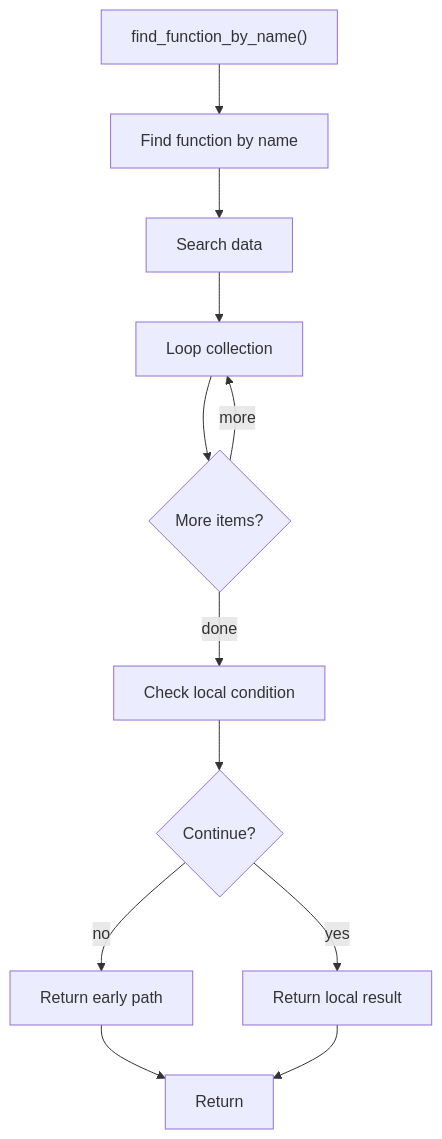
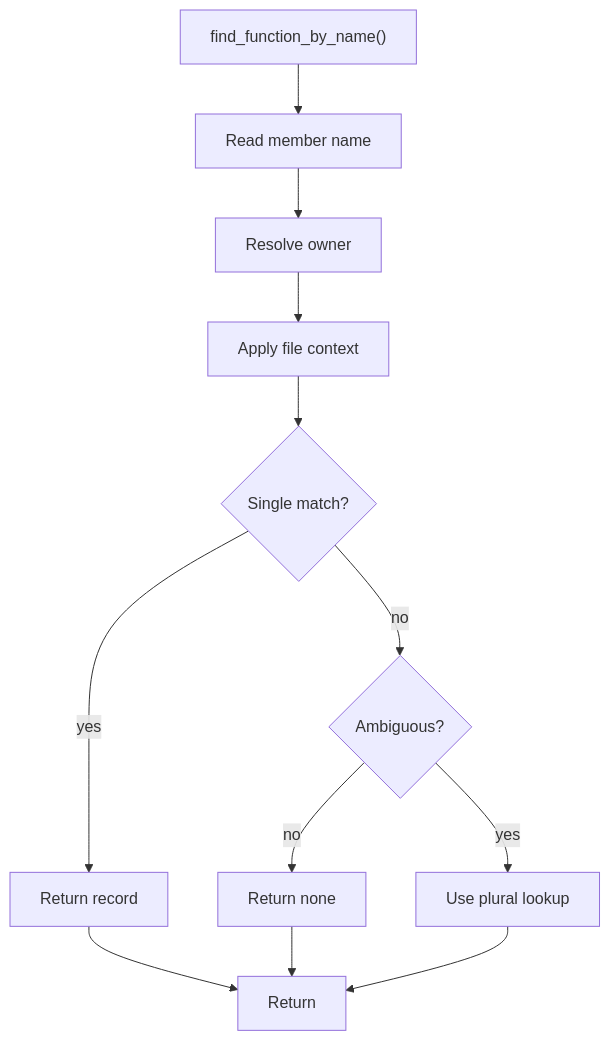
The diagram in docs/Codebase/Microservice/Modules/Source/Analysis/ImplementationUse/Resolution/Symbols/Query/Flow/functions/find_function_by_name.cpp.md (JohnAndrewBalbarosa/NeoTerritory), drawn with Mermaid before and after one commit. The commit also changed other lines of this file and 147 other files, not shown here.

````diff
--- a/docs/Codebase/Microservice/Modules/Source/Analysis/ImplementationUse/Resolution/Symbols/Query/Flow/functions/find_function_by_name.cpp.md
+++ b/docs/Codebase/Microservice/Modules/Source/Analysis/ImplementationUse/Resolution/Symbols/Query/Flow/functions/find_function_by_name.cpp.md
@@ -19,24 +26,24 @@
 ```mermaid
 flowchart TD
     Start["find_function_by_name()"]
-    N0["Find function by name"]
-    N1["Search data"]
-    N2["Loop collection"]
-    L2{"More items?"}
-    N3["Check local condition"]
-    D3{"Continue?"}
-    R3["Return early path"]
-    N4["Return local result"]
+    N0["Read member name"]
+    N1["Resolve owner"]
+    N2["Apply file context"]
+    L2{"Single match?"}
+    N3["Return record"]
+    D3{"Ambiguous?"}
+    R3["Return none"]
+    N4["Use plural lookup"]
     End["Return"]
     Start --> N0
     N0 --> N1
     N1 --> N2
     N2 --> L2
-    L2 -->|more| N2
-    L2 -->|done| N3
-    N3 --> D3
+    L2 -->|yes| N3
+    L2 -->|no| D3
     D3 -->|yes| N4
     D3 -->|no| R3
+    N3 --> End
     R3 --> End
     N4 --> End
 ```
````
